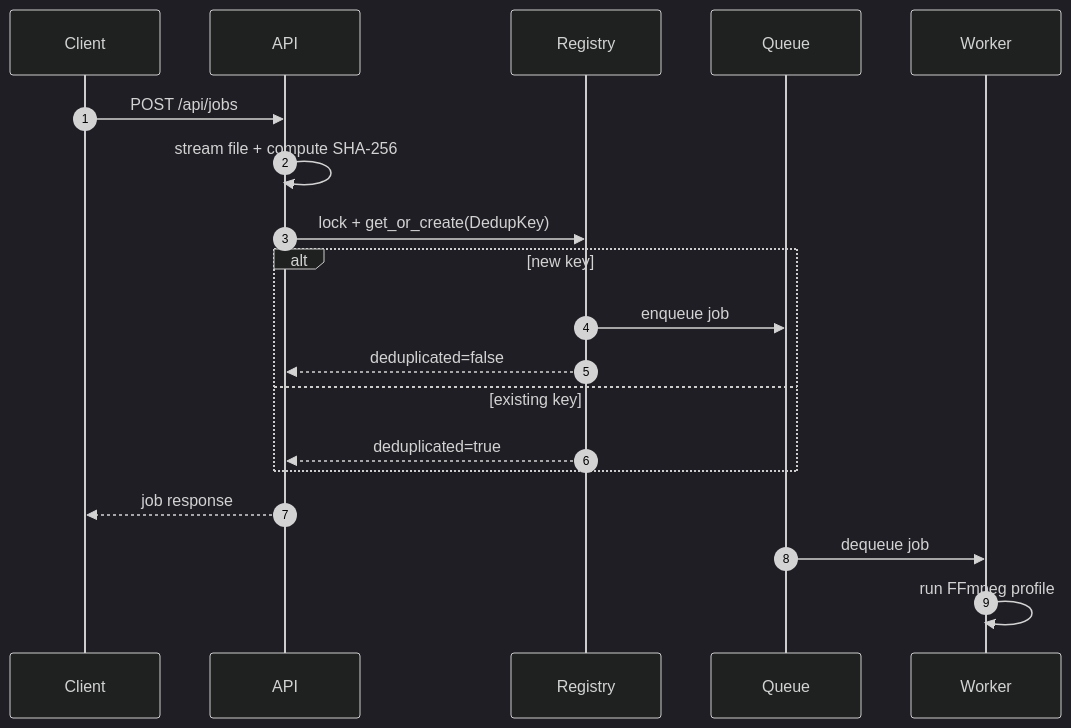
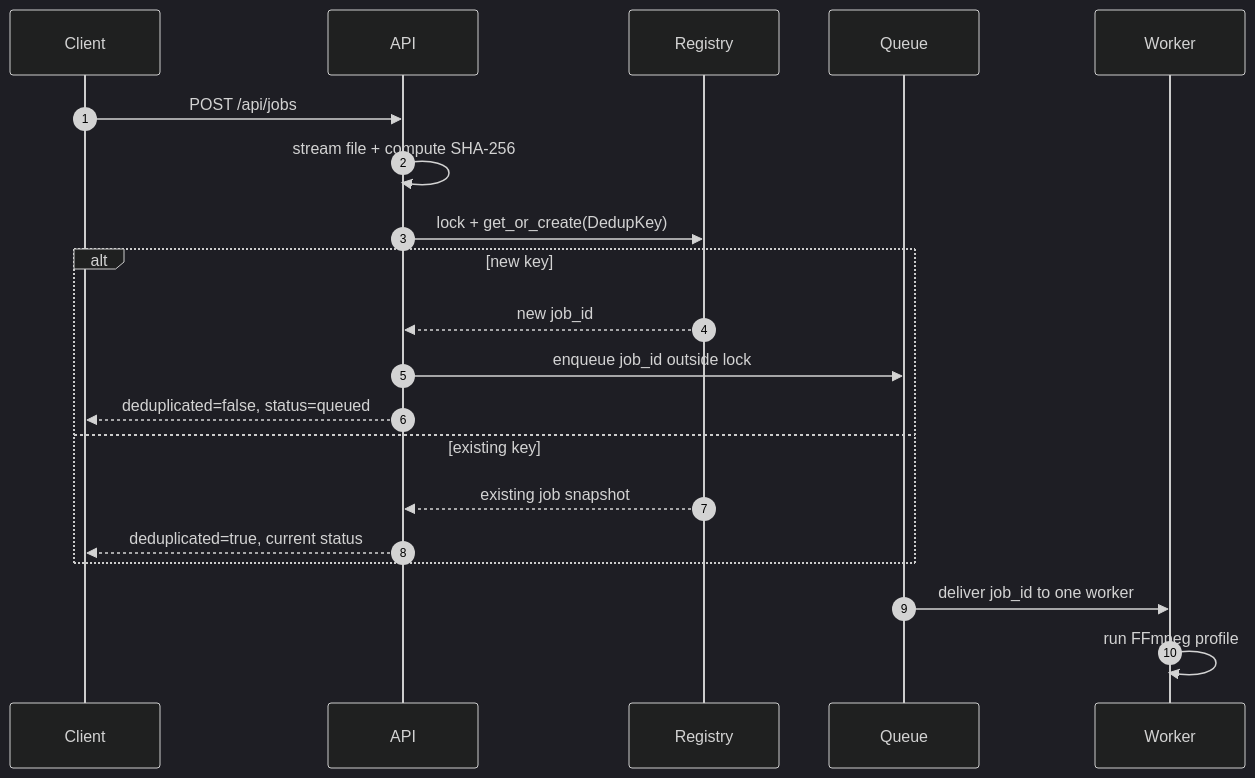
One commit to jollidah/syspref-ingest changed the fourth of 5 diagrams in README.md. Above: the diagram before and after it, drawn with Mermaid (dark theme). The commit also changed other lines of this file and 3 other files, not shown here.

````diff
--- a/README.md
+++ b/README.md
@@ -74,22 +98,23 @@
 ```mermaid
 sequenceDiagram
     autonumber
     participant C as Client
     participant API as API
     participant R as Registry
     participant Q as Queue
     participant W as Worker
 
     C->>API: POST /api/jobs
     API->>API: stream file + compute SHA-256
     API->>R: lock + get_or_create(DedupKey)
     alt new key
-        R->>Q: enqueue job
-        R-->>API: deduplicated=false
+        R-->>API: new job_id
+        API->>Q: enqueue job_id outside lock
+        API-->>C: deduplicated=false, status=queued
     else existing key
-        R-->>API: deduplicated=true
+        R-->>API: existing job snapshot
+        API-->>C: deduplicated=true, current status
     end
-    API-->>C: job response
-    Q->>W: dequeue job
+    Q->>W: deliver job_id to one worker
     W->>W: run FFmpeg profile
 ```
````
